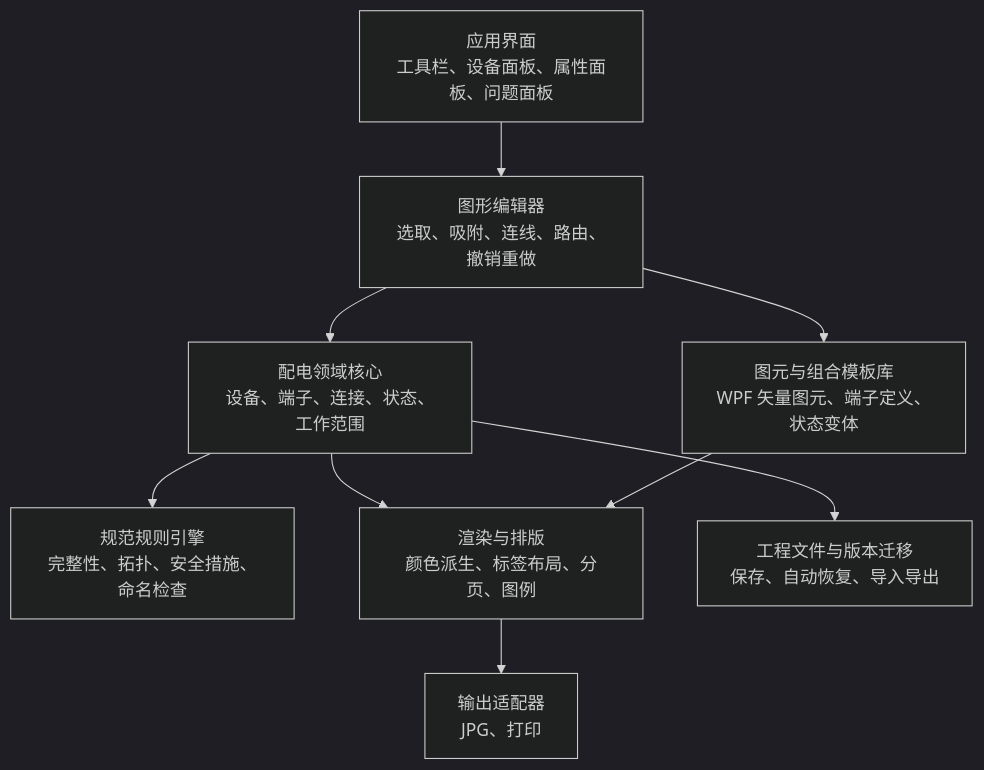
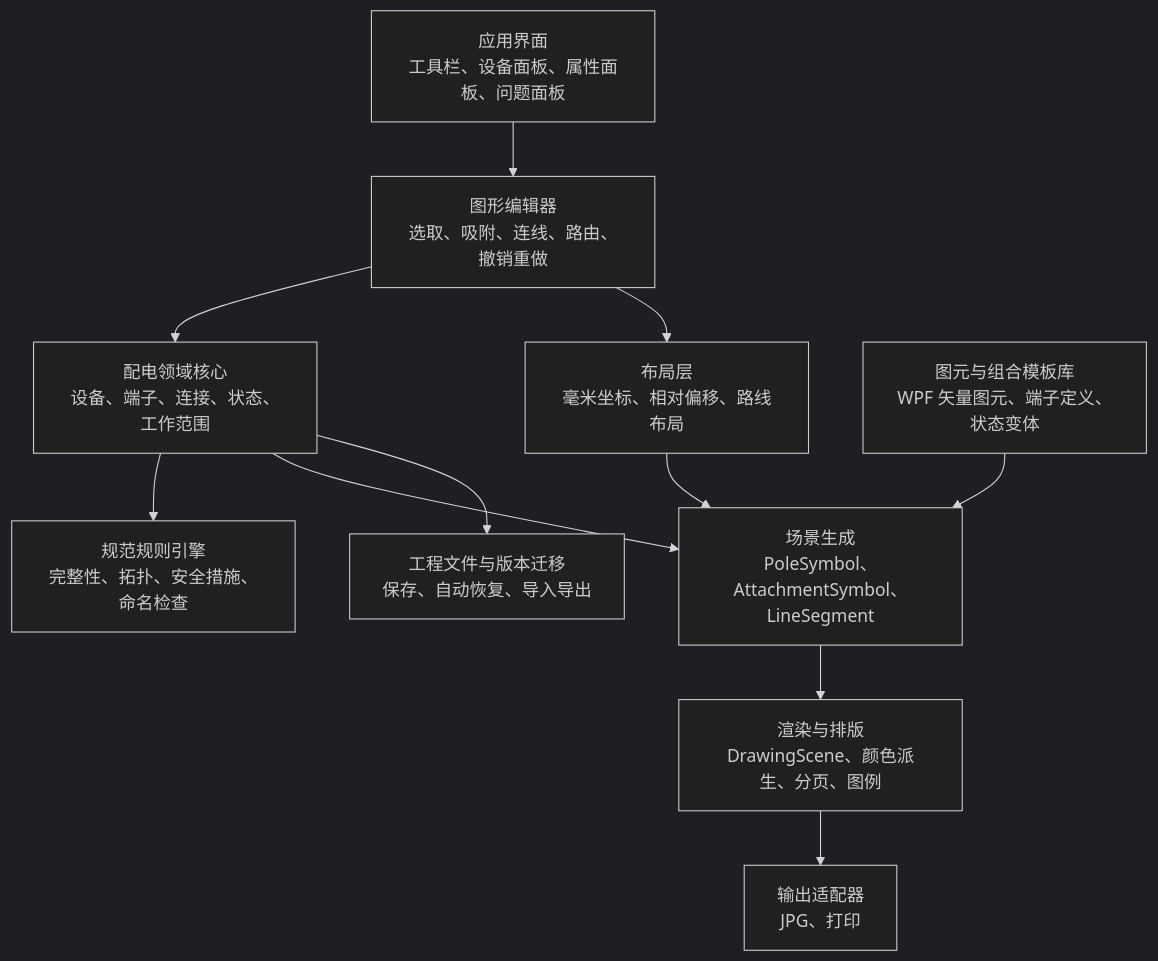
The diagram in docs/architecture.md (DamoclesJ/10kV-Distribution-Drawing), drawn with Mermaid (dark theme) before and after one commit. The commit also changed other lines of this file and 2 other files, not shown here.

Commit message:
Design overhead layout and rendering architecture

````diff
--- a/docs/architecture.md
+++ b/docs/architecture.md
@@ -117,20 +117,24 @@
 ```mermaid
 flowchart TB
     UI["应用界面<br/>工具栏、设备面板、属性面板、问题面板"]
     Editor["图形编辑器<br/>选取、吸附、连线、路由、撤销重做"]
     Domain["配电领域核心<br/>设备、端子、连接、状态、工作范围"]
+    Layout["布局层<br/>毫米坐标、相对偏移、路线布局"]
     Rules["规范规则引擎<br/>完整性、拓扑、安全措施、命名检查"]
     Symbols["图元与组合模板库<br/>WPF 矢量图元、端子定义、状态变体"]
-    Render["渲染与排版<br/>颜色派生、标签布局、分页、图例"]
+    Scene["场景生成<br/>PoleSymbol、AttachmentSymbol、LineSegment"]
+    Render["渲染与排版<br/>DrawingScene、颜色派生、分页、图例"]
     Store["工程文件与版本迁移<br/>保存、自动恢复、导入导出"]
     Export["输出适配器<br/>JPG、打印"]
 
     UI --> Editor
     Editor --> Domain
-    Editor --> Symbols
+    Editor --> Layout
     Domain --> Rules
-    Domain --> Render
-    Symbols --> Render
+    Domain --> Scene
+    Layout --> Scene
+    Symbols --> Scene
+    Scene --> Render
     Domain --> Store
     Render --> Export
 ```
````
